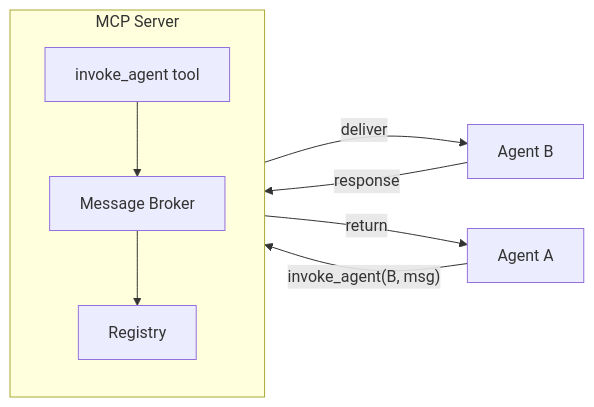
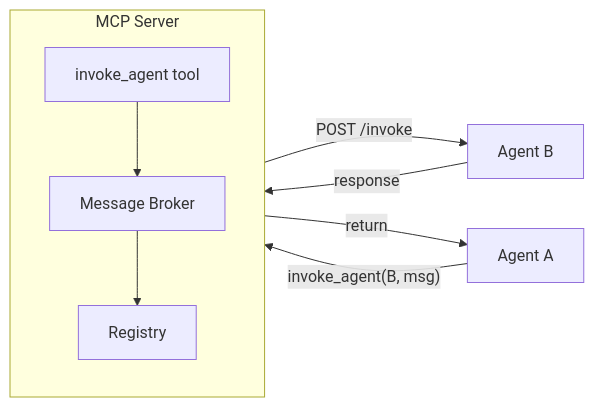
One commit to ia64mail/quorum changed the fourth of 7 diagrams in docs/agent-messaging.md. Above: the diagram before and after it, drawn with Mermaid. The commit also changed other lines of this file and 1 other file, not shown here.

Commit message:
Enhance documentation to include Claude Code SDK integration with MCP orchestration, depth tracking, circular call safeguards, role-based timeouts, and updated diagrams for agent communication and message delivery paths.

````diff
--- a/docs/agent-messaging.md
+++ b/docs/agent-messaging.md
@@ -86,17 +93,17 @@
 ```mermaid
 graph LR
     subgraph "MCP Server"
         direction TB
         TOOL["invoke_agent tool"]
         BROKER[Message Broker]
         REG[Registry]
 
         TOOL --> BROKER
         BROKER --> REG
     end
 
     A1[Agent A] -->|"invoke_agent(B, msg)"| TOOL
-    BROKER -->|"deliver"| A2[Agent B]
+    BROKER -->|"POST /invoke"| A2[Agent B]
     A2 -->|"response"| BROKER
     BROKER -->|"return"| A1
 ```
````
